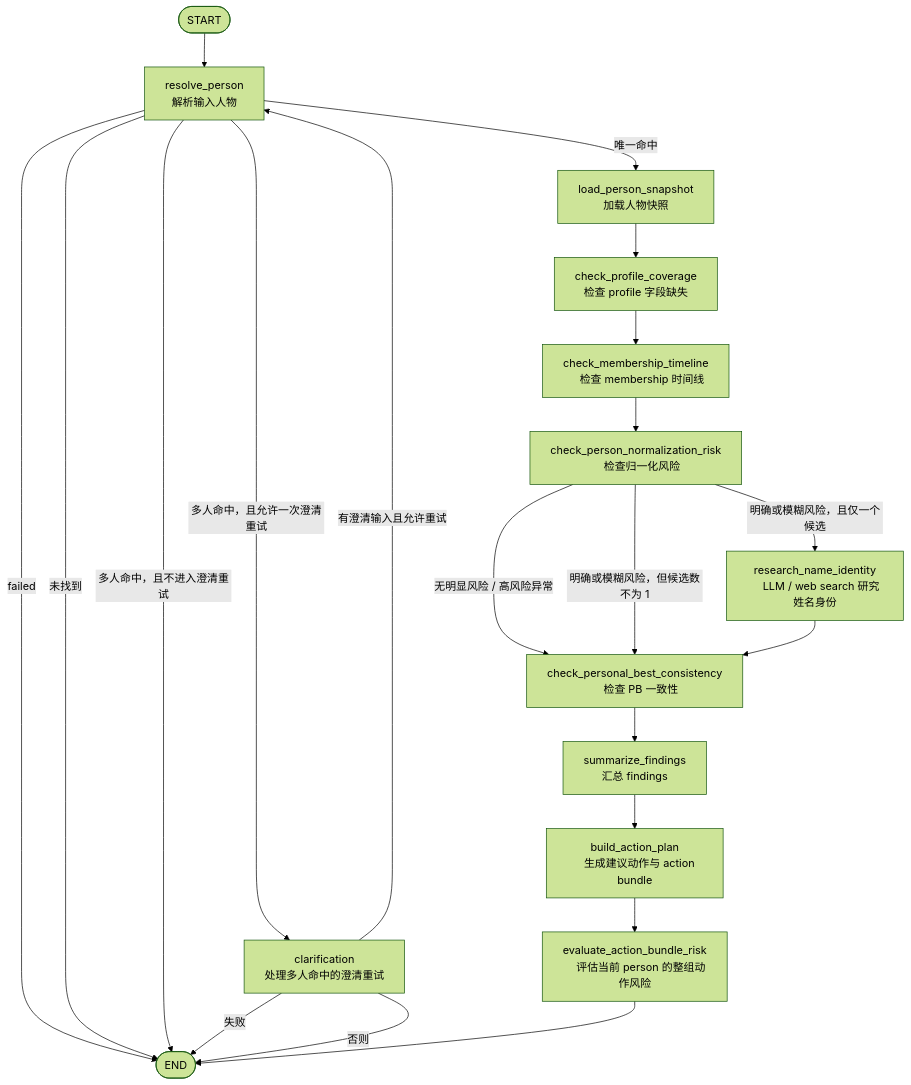
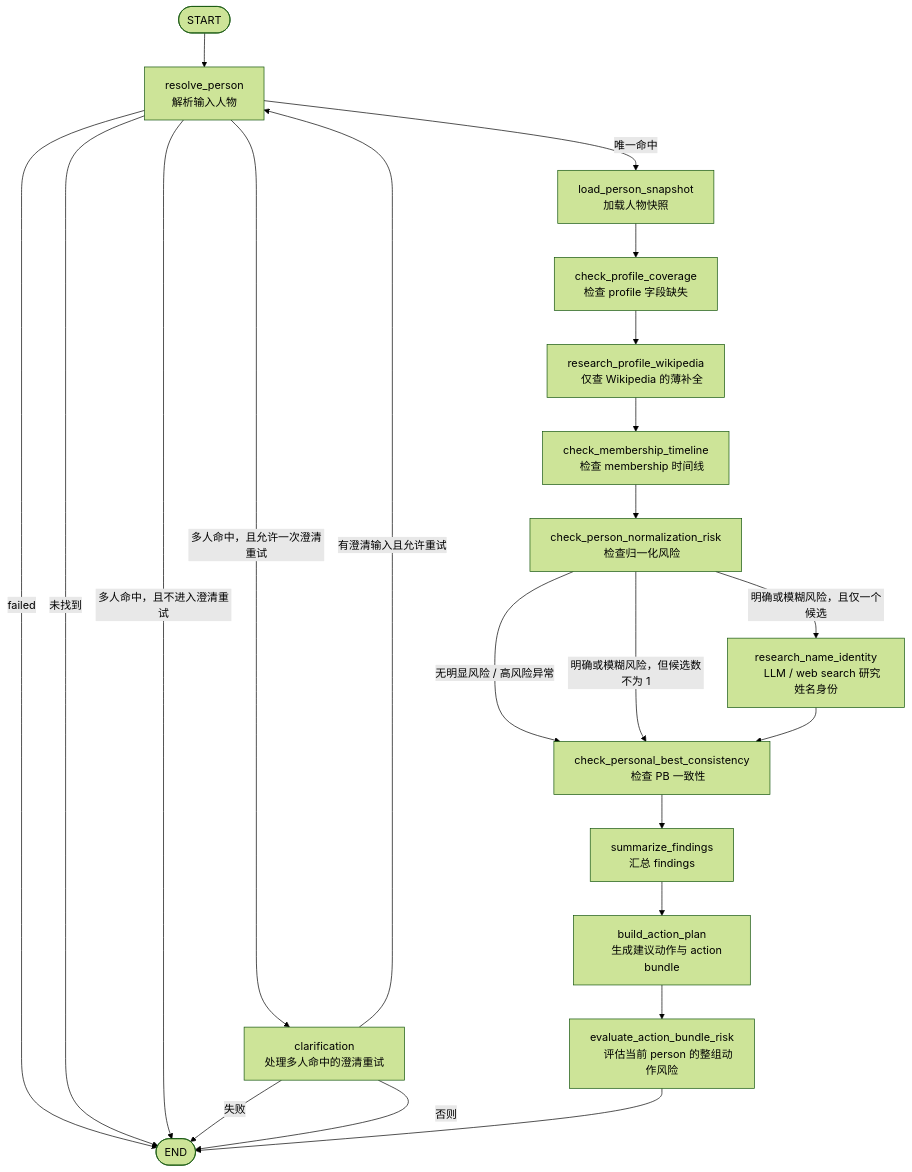
Before and after one commit to gelatoni-xh/personal-site: the first of 3 diagrams in content/articles/2026-08-11-tasuki-keifu-agent-Graph结构图.md, drawn with Mermaid (forest theme). The commit also changed other lines of this file and 2 other files, not shown here.

Commit message:
docs: record batch profile optimization

````diff
--- a/content/articles/2026-08-11-tasuki-keifu-agent-Graph结构图.md
+++ b/content/articles/2026-08-11-tasuki-keifu-agent-Graph结构图.md
@@ -33,37 +33,39 @@
 ```mermaid
 flowchart TD
     START([START]) --> RESOLVE["resolve_person
     解析输入人物"]
 
     RESOLVE -->|failed| END([END])
     RESOLVE -->|未找到| END
     RESOLVE -->|多人命中，且不进入澄清重试| END
     RESOLVE -->|多人命中，且允许一次澄清重试| CLARIFY["clarification
     处理多人命中的澄清重试"]
     RESOLVE -->|唯一命中| SNAPSHOT["load_person_snapshot
     加载人物快照"]
 
     CLARIFY -->|失败| END
     CLARIFY -->|有澄清输入且允许重试| RESOLVE
     CLARIFY -->|否则| END
 
     SNAPSHOT --> PROFILE["check_profile_coverage
     检查 profile 字段缺失"]
-    PROFILE --> MEMBERSHIP["check_membership_timeline
+    PROFILE --> PROFILE_WIKI["research_profile_wikipedia
+    仅查 Wikipedia 的薄补全"]
+    PROFILE_WIKI --> MEMBERSHIP["check_membership_timeline
     检查 membership 时间线"]
     MEMBERSHIP --> NORMALIZATION["check_person_normalization_risk
     检查归一化风险"]
     NORMALIZATION -->|无明显风险 / 高风险异常| PB["check_personal_best_consistency
     检查 PB 一致性"]
     NORMALIZATION -->|明确或模糊风险，且仅一个候选| RESEARCH["research_name_identity
     LLM / web search 研究姓名身份"]
     NORMALIZATION -->|明确或模糊风险，但候选数不为 1| PB
     RESEARCH --> PB
     PB --> SUMMARY["summarize_findings
     汇总 findings"]
     SUMMARY --> ACTION["build_action_plan
     生成建议动作与 action bundle"]
     ACTION --> RISK["evaluate_action_bundle_risk
     评估当前 person 的整组动作风险"]
     RISK --> END
 ```
````
